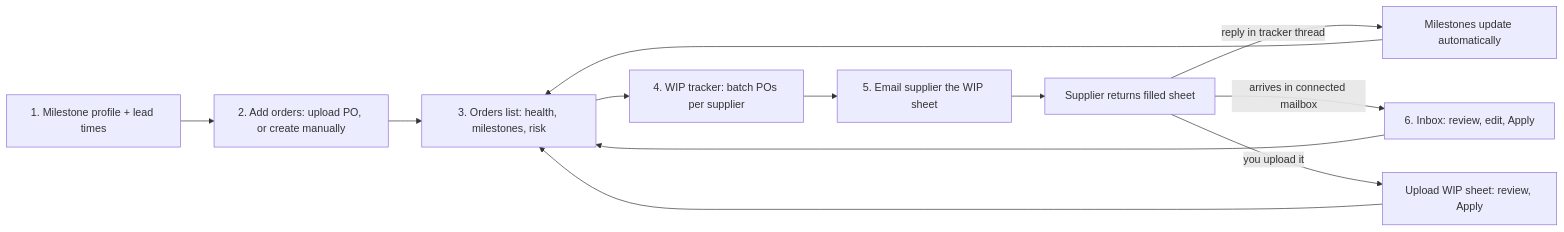
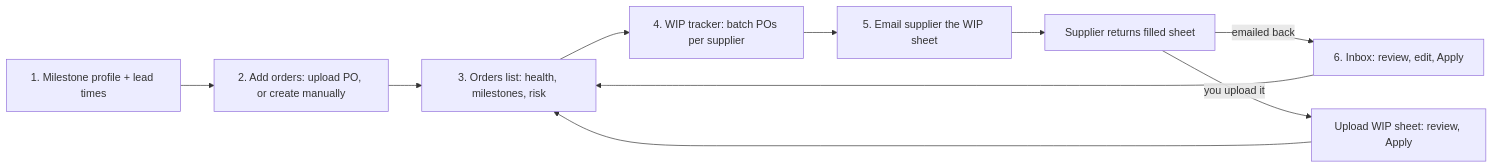
The diagram in wip-set-up-guide.mdx (sourceready/mintlify-docs), drawn with Mermaid before and after one commit. The commit also changed other lines of this file and 5 other files, not shown here.

Commit message:
update tracker, order detail, and setup guide for review-before-app

````diff
--- a/wip-set-up-guide.mdx
+++ b/wip-set-up-guide.mdx
@@ -66,14 +66,12 @@
 ```mermaid
 flowchart LR
   Configure["1. Milestone profile + lead times"] --> AddOrders["2. Add orders: upload PO, or create manually"]
   AddOrders --> Monitor["3. Orders list: health, milestones, risk"]
   Monitor --> Tracker["4. WIP tracker: batch POs per supplier"]
   Tracker --> SendSheet["5. Email supplier the WIP sheet"]
   SendSheet --> Reply["Supplier returns filled sheet"]
-  Reply -->|"reply in tracker thread"| AutoApply["Milestones update automatically"]
-  Reply -->|"arrives in connected mailbox"| InboxReview["6. Inbox: review, edit, Apply"]
+  Reply -->|"emailed back"| InboxReview["6. Inbox: review, edit, Apply"]
   Reply -->|"you upload it"| ManualUpload["Upload WIP sheet: review, Apply"]
-  AutoApply --> Monitor
   InboxReview --> Monitor
   ManualUpload --> Monitor
 ```
````
